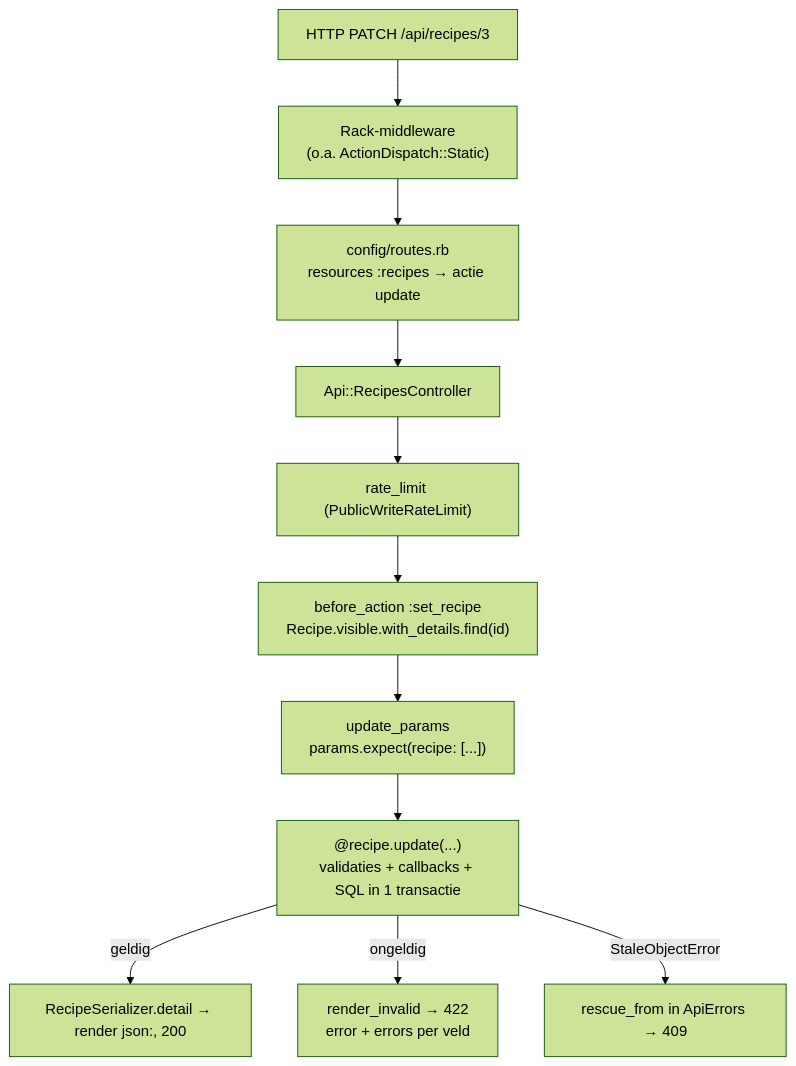
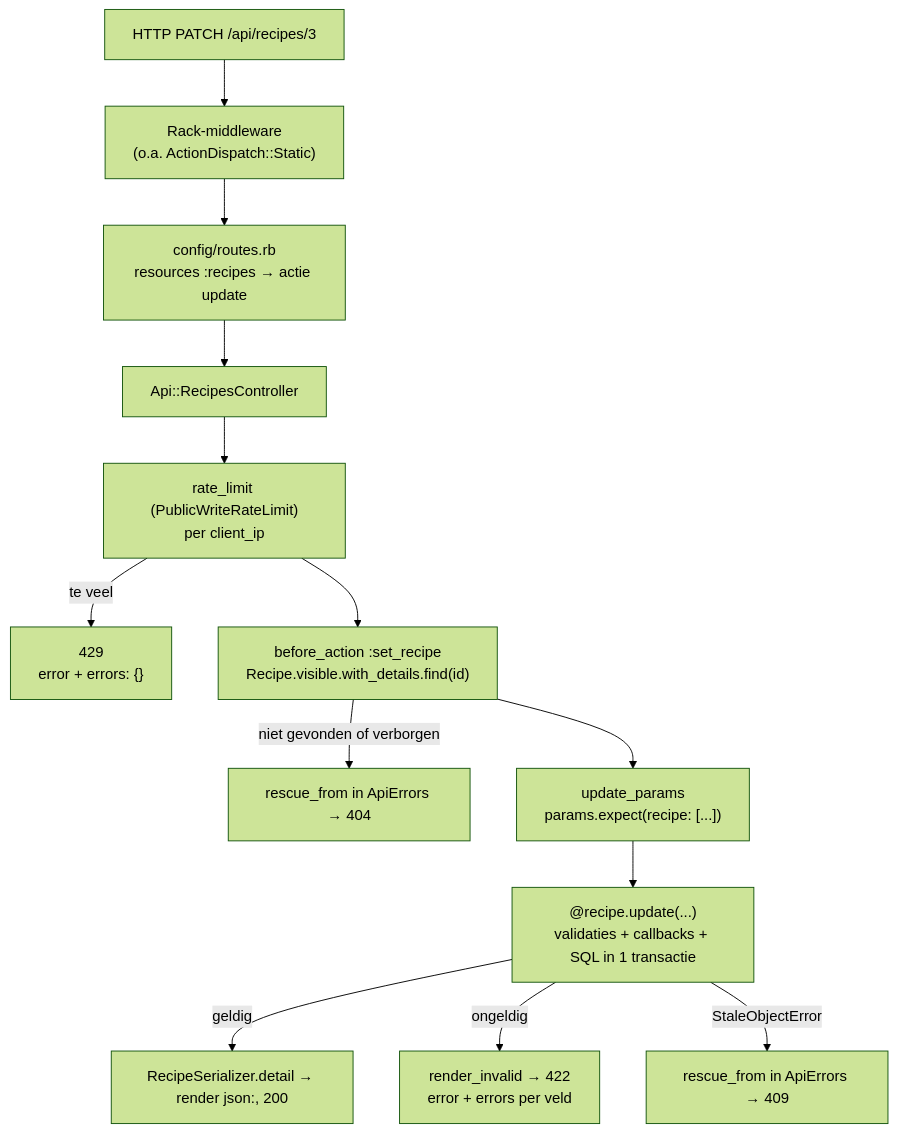
The third of 7 diagrams in docs/code_overzicht.md (lobkest/receptenapp), drawn with Mermaid (forest theme) before and after one commit. The commit also changed other lines of this file and 1 other file, not shown here.

Commit message:
docs: code-overzicht en review bijgewerkt, paragraaf rate limits

````diff
--- a/docs/code_overzicht.md
+++ b/docs/code_overzicht.md
@@ -206,13 +215,15 @@
 ```mermaid
 flowchart TD
   A["HTTP PATCH /api/recipes/3"] --> B["Rack-middleware<br/>(o.a. ActionDispatch::Static)"]
   B --> C["config/routes.rb<br/>resources :recipes → actie update"]
   C --> D["Api::RecipesController"]
-  D --> D1["rate_limit (PublicWriteRateLimit)"]
+  D --> D1["rate_limit (PublicWriteRateLimit)<br/>per client_ip"]
+  D1 -->|"te veel"| L["429<br/>error + errors: {}"]
   D1 --> D2["before_action :set_recipe<br/>Recipe.visible.with_details.find(id)"]
+  D2 -->|"niet gevonden of verborgen"| N["rescue_from in ApiErrors → 404"]
   D2 --> D3["update_params<br/>params.expect(recipe: [...])"]
   D3 --> E["@recipe.update(...)<br/>validaties + callbacks + SQL in 1 transactie"]
   E -->|geldig| F["RecipeSerializer.detail → render json:, 200"]
   E -->|ongeldig| G["render_invalid → 422<br/>error + errors per veld"]
   E -->|"StaleObjectError"| H["rescue_from in ApiErrors → 409"]
 ```
````
